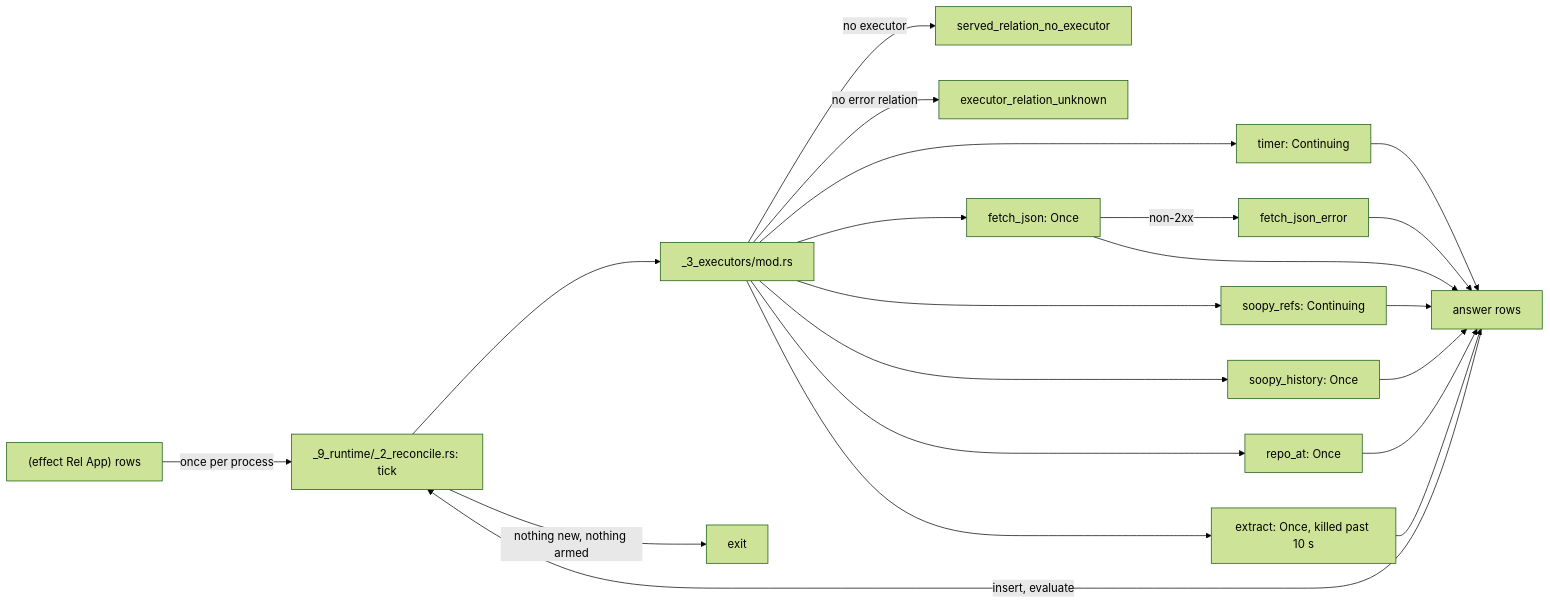
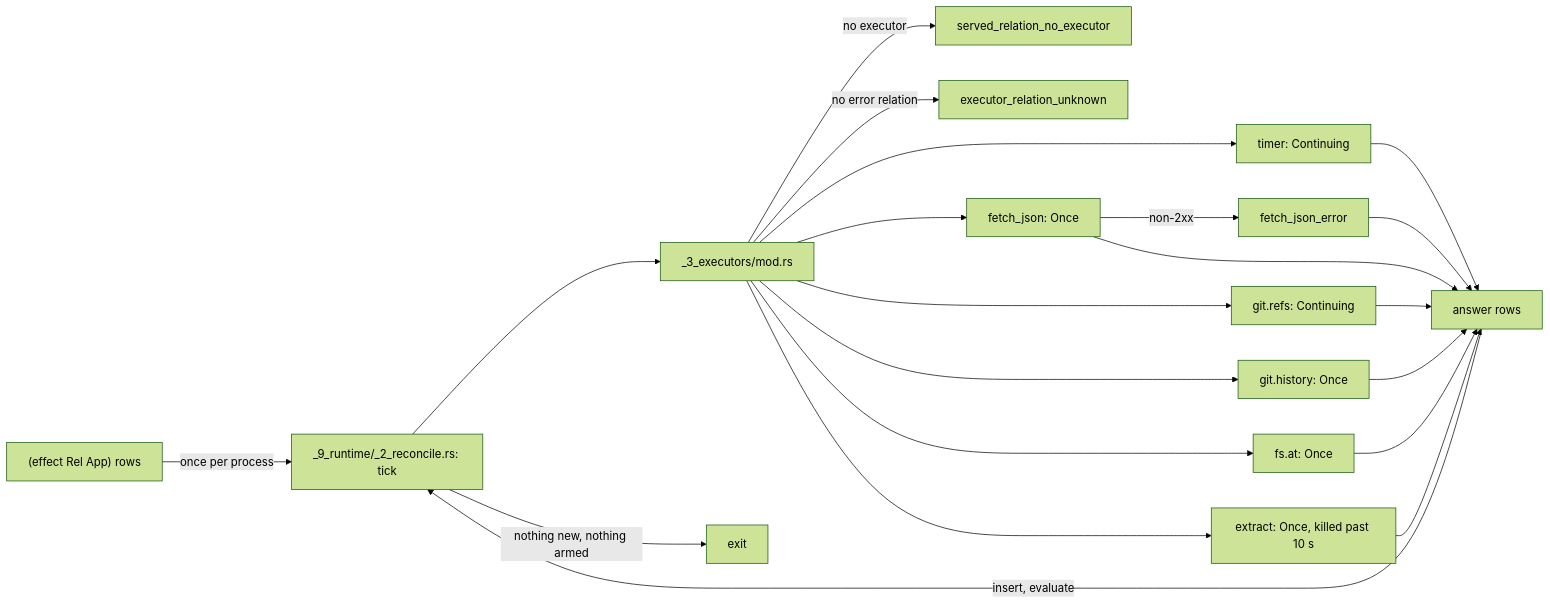
The diagram in book/src/11_executors.md (hafley66/sprefa), drawn with Mermaid (forest theme) before and after one commit. The commit also changed other lines of this file and 19 other files, not shown here.

````diff
--- a/book/src/11_executors.md
+++ b/book/src/11_executors.md
@@ -5,17 +5,17 @@
 ```mermaid
 flowchart LR
   effect["(effect Rel App) rows"] -->|once per process| reconcile[_9_runtime/_2_reconcile.rs: tick]
   reconcile --> roster[_3_executors/mod.rs]
   roster -->|no executor| noexec[served_relation_no_executor]
   roster -->|no error relation| noerror[executor_relation_unknown]
   roster --> timer[timer: Continuing]
   roster --> fetch[fetch_json: Once]
-  roster --> refs[soopy_refs: Continuing]
-  roster --> history[soopy_history: Once]
-  roster --> repoat[repo_at: Once]
+  roster --> refs[git.refs: Continuing]
+  roster --> history[git.history: Once]
+  roster --> fsat[fs.at: Once]
   roster --> extract[extract: Once, killed past 10 s]
   fetch -->|non-2xx| fetcherror[fetch_json_error]
-  timer & fetch & refs & history & repoat & extract & fetcherror --> answers[answer rows]
+  timer & fetch & refs & history & fsat & extract & fetcherror --> answers[answer rows]
   answers -->|insert, evaluate| reconcile
   reconcile -->|nothing new, nothing armed| stop[exit]
 ```
````
